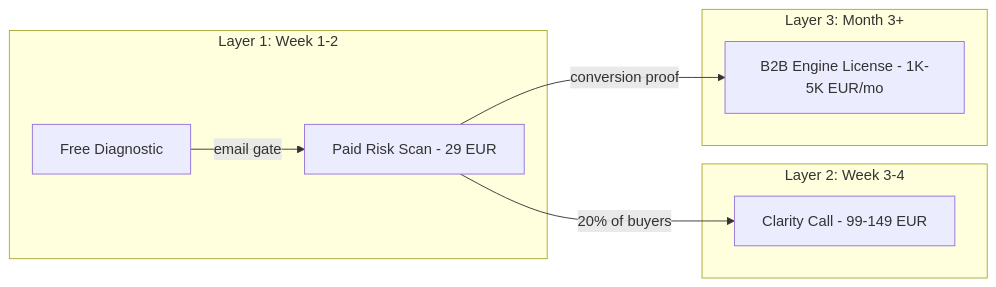
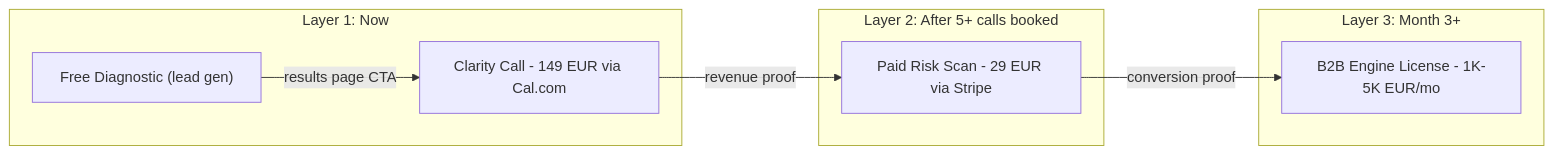
One commit to vandevo/worktugal-app changed the second of 2 diagrams in .cursor/plans/active/diagnostic_engine_v2_rebuild.plan.md. Above: the diagram before and after it, drawn with Mermaid. The commit also changed other lines of this file and 38 other files, not shown here.

````diff
--- a/.cursor/plans/active/diagnostic_engine_v2_rebuild.plan.md
+++ b/.cursor/plans/active/diagnostic_engine_v2_rebuild.plan.md
@@ -315,19 +336,19 @@
 ```mermaid
 flowchart LR
-    subgraph layer1 [Layer 1: Week 1-2]
-        FreeDiag["Free Diagnostic"]
-        PaidScan["Paid Risk Scan - 29 EUR"]
+    subgraph layer1 [Layer 1: Now]
+        FreeDiag["Free Diagnostic (lead gen)"]
+        ClarityCall["Clarity Call - 149 EUR via Cal.com"]
     end
 
-    subgraph layer2 [Layer 2: Week 3-4]
-        ClarityCall["Clarity Call - 99-149 EUR"]
+    subgraph layer2 [Layer 2: After 5+ calls booked]
+        PaidScan["Paid Risk Scan - 29 EUR via Stripe"]
     end
 
     subgraph layer3 [Layer 3: Month 3+]
         B2BLicense["B2B Engine License - 1K-5K EUR/mo"]
     end
 
-    FreeDiag -->|"email gate"| PaidScan
-    PaidScan -->|"20% of buyers"| ClarityCall
+    FreeDiag -->|"results page CTA"| ClarityCall
+    ClarityCall -->|"revenue proof"| PaidScan
     PaidScan -->|"conversion proof"| B2BLicense
 ```
````
